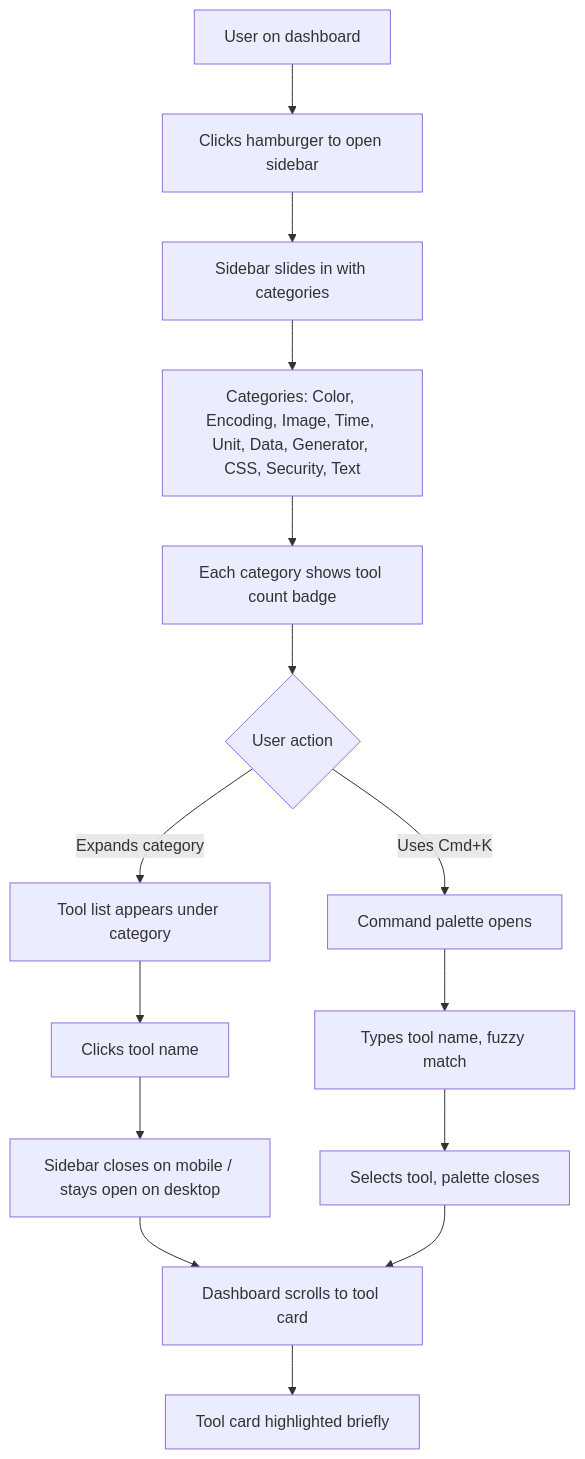
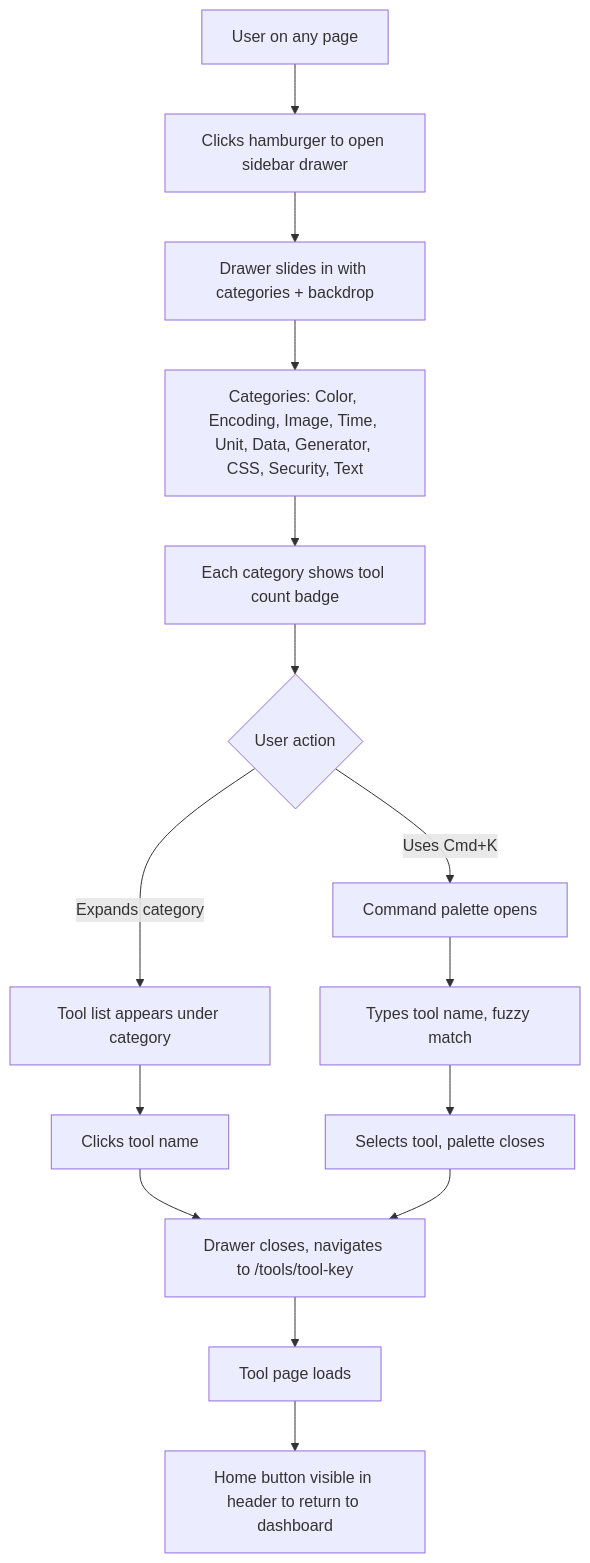
The fourth of 4 diagrams in _bmad-output/planning-artifacts/ux-design-specification.md (boengai/csr-dev-tools), drawn with Mermaid before and after one commit. The commit also changed other lines of this file and 9 other files, not shown here.

````diff
--- a/_bmad-output/planning-artifacts/ux-design-specification.md
+++ b/_bmad-output/planning-artifacts/ux-design-specification.md
@@ -706,17 +720,17 @@
 ```mermaid
 flowchart TD
-    A[User on dashboard] --> B[Clicks hamburger to open sidebar]
-    B --> C[Sidebar slides in with categories]
+    A[User on any page] --> B[Clicks hamburger to open sidebar drawer]
+    B --> C[Drawer slides in with categories + backdrop]
     C --> D[Categories: Color, Encoding, Image, Time, Unit, Data, Generator, CSS, Security, Text]
     D --> E[Each category shows tool count badge]
     E --> F{User action}
     F -->|Expands category| G[Tool list appears under category]
     G --> H[Clicks tool name]
-    H --> I[Sidebar closes on mobile / stays open on desktop]
-    I --> J[Dashboard scrolls to tool card]
-    J --> K[Tool card highlighted briefly]
+    H --> I[Drawer closes, navigates to /tools/tool-key]
+    I --> J[Tool page loads]
+    J --> K[Home button visible in header to return to dashboard]
     F -->|Uses Cmd+K| L[Command palette opens]
     L --> M[Types tool name, fuzzy match]
     M --> N[Selects tool, palette closes]
-    N --> J
+    N --> I
 ```
````
